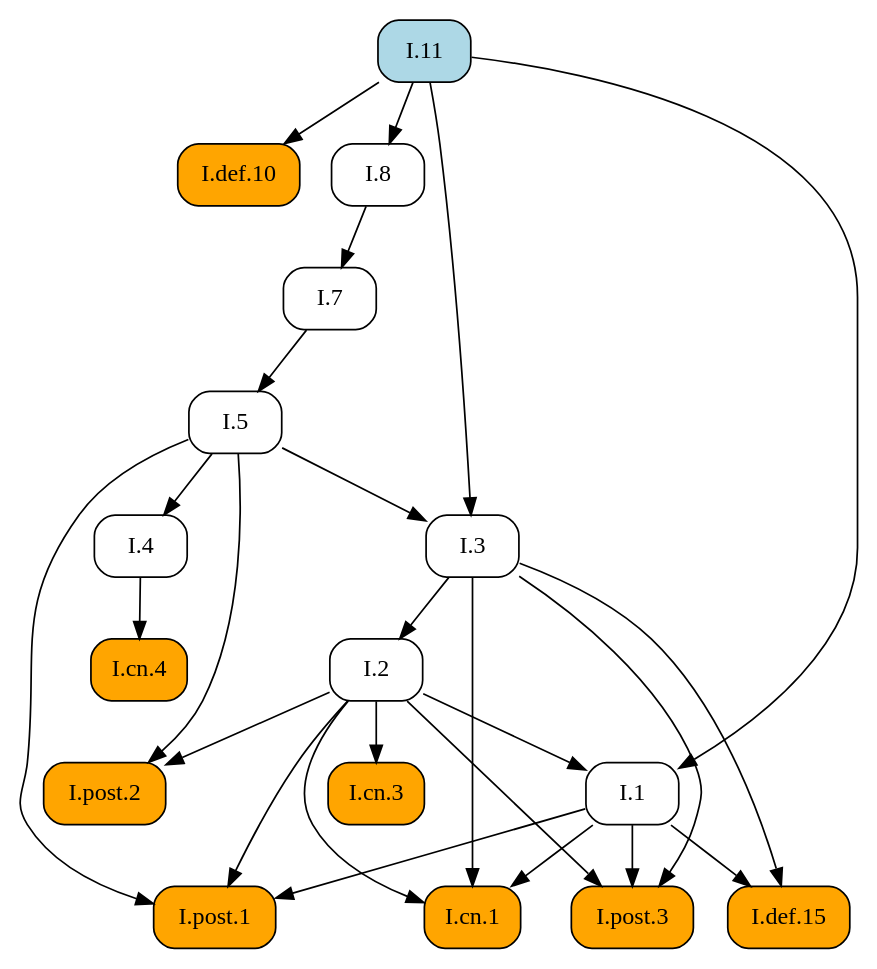
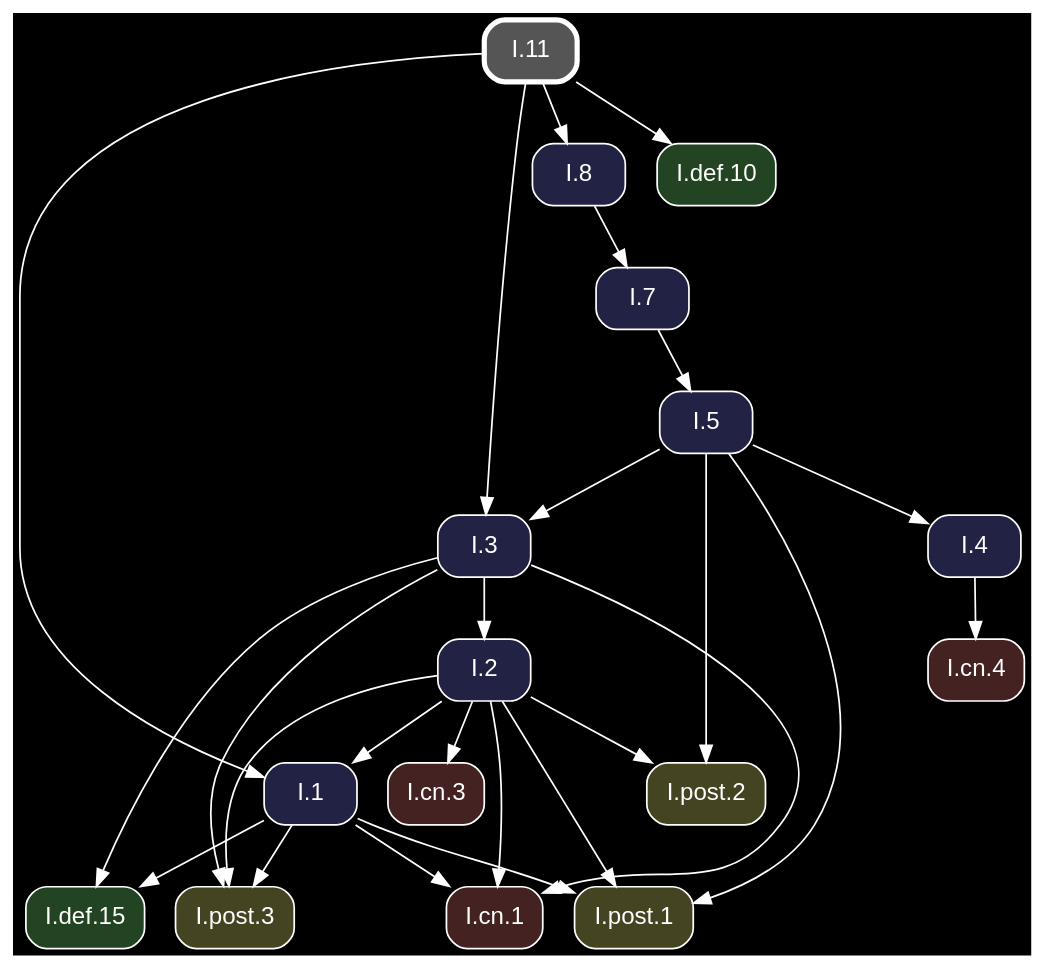
Before and after one commit to geometor/elements: the diagram in docsrc/heath/I/11/index.rst, drawn with Graphviz. The commit also changed other lines of this file and 1200 other files, not shown here.

Commit message:
update dependency graphs

```diff
--- a/docsrc/heath/I/11/index.rst
+++ b/docsrc/heath/I/11/index.rst
@@ -55,47 +55,49 @@
 .. graphviz::
 
    digraph {
+     bgcolor="black";
+     node [shape=box, style="rounded,filled", fontname="Helvetica", color="white", fontcolor="white"];
+     edge [color="white", fontcolor="white"];
      rankdir="TB";
-     node [shape=box, style=rounded];
-     "I.cn.1" [style="rounded,filled", fillcolor=orange, URL="/heath/I/cn.1/", target="_top"];
-     "I.def.10" [style="rounded,filled", fillcolor=orange, URL="/heath/I/def.10/", target="_top"];
-     "I.7" [URL="/heath/I/7/", target="_top"];
-     "I.2" [URL="/heath/I/2/", target="_top"];
-     "I.11" [style="rounded,filled", fillcolor=lightblue, URL="/heath/I/11/", target="_top"];
-     "I.def.15" [style="rounded,filled", fillcolor=orange, URL="/heath/I/def.15/", target="_top"];
-     "I.4" [URL="/heath/I/4/", target="_top"];
-     "I.cn.4" [style="rounded,filled", fillcolor=orange, URL="/heath/I/cn.4/", target="_top"];
-     "I.1" [URL="/heath/I/1/", target="_top"];
-     "I.post.3" [style="rounded,filled", fillcolor=orange, URL="/heath/I/post.3/", target="_top"];
-     "I.post.1" [style="rounded,filled", fillcolor=orange, URL="/heath/I/post.1/", target="_top"];
-     "I.8" [URL="/heath/I/8/", target="_top"];
-     "I.post.2" [style="rounded,filled", fillcolor=orange, URL="/heath/I/post.2/", target="_top"];
-     "I.5" [URL="/heath/I/5/", target="_top"];
-     "I.cn.3" [style="rounded,filled", fillcolor=orange, URL="/heath/I/cn.3/", target="_top"];
-     "I.3" [URL="/heath/I/3/", target="_top"];
+     "I.1" [fillcolor="#222244", URL="/heath/I/1/", target="_top"];
+     "I.post.2" [fillcolor="#444422", URL="/heath/I/post.2/", target="_top"];
+     "I.3" [fillcolor="#222244", URL="/heath/I/3/", target="_top"];
+     "I.post.1" [fillcolor="#444422", URL="/heath/I/post.1/", target="_top"];
+     "I.cn.1" [fillcolor="#442222", URL="/heath/I/cn.1/", target="_top"];
+     "I.def.10" [fillcolor="#224422", URL="/heath/I/def.10/", target="_top"];
+     "I.8" [fillcolor="#222244", URL="/heath/I/8/", target="_top"];
+     "I.post.3" [fillcolor="#444422", URL="/heath/I/post.3/", target="_top"];
+     "I.4" [fillcolor="#222244", URL="/heath/I/4/", target="_top"];
+     "I.11" [penwidth=3, color="white", fillcolor="#555555", URL="/heath/I/11/", target="_top"];
+     "I.cn.3" [fillcolor="#442222", URL="/heath/I/cn.3/", target="_top"];
+     "I.7" [fillcolor="#222244", URL="/heath/I/7/", target="_top"];
+     "I.def.15" [fillcolor="#224422", URL="/heath/I/def.15/", target="_top"];
+     "I.2" [fillcolor="#222244", URL="/heath/I/2/", target="_top"];
+     "I.5" [fillcolor="#222244", URL="/heath/I/5/", target="_top"];
+     "I.cn.4" [fillcolor="#442222", URL="/heath/I/cn.4/", target="_top"];
+     "I.2" -> "I.1";
+     "I.11" -> "I.1";
+     "I.2" -> "I.post.2";
+     "I.5" -> "I.post.2";
+     "I.5" -> "I.3";
+     "I.11" -> "I.3";
+     "I.1" -> "I.post.1";
+     "I.2" -> "I.post.1";
+     "I.5" -> "I.post.1";
      "I.1" -> "I.cn.1";
      "I.2" -> "I.cn.1";
      "I.3" -> "I.cn.1";
      "I.11" -> "I.def.10";
-     "I.8" -> "I.7";
-     "I.3" -> "I.2";
-     "I.1" -> "I.def.15";
-     "I.3" -> "I.def.15";
-     "I.5" -> "I.4";
-     "I.4" -> "I.cn.4";
-     "I.2" -> "I.1";
-     "I.11" -> "I.1";
+     "I.11" -> "I.8";
      "I.1" -> "I.post.3";
      "I.2" -> "I.post.3";
      "I.3" -> "I.post.3";
-     "I.1" -> "I.post.1";
-     "I.2" -> "I.post.1";
-     "I.5" -> "I.post.1";
-     "I.11" -> "I.8";
-     "I.2" -> "I.post.2";
-     "I.5" -> "I.post.2";
+     "I.5" -> "I.4";
+     "I.2" -> "I.cn.3";
+     "I.8" -> "I.7";
+     "I.1" -> "I.def.15";
+     "I.3" -> "I.def.15";
+     "I.3" -> "I.2";
      "I.7" -> "I.5";
-     "I.2" -> "I.cn.3";
-     "I.5" -> "I.3";
-     "I.11" -> "I.3";
+     "I.4" -> "I.cn.4";
    }
```
